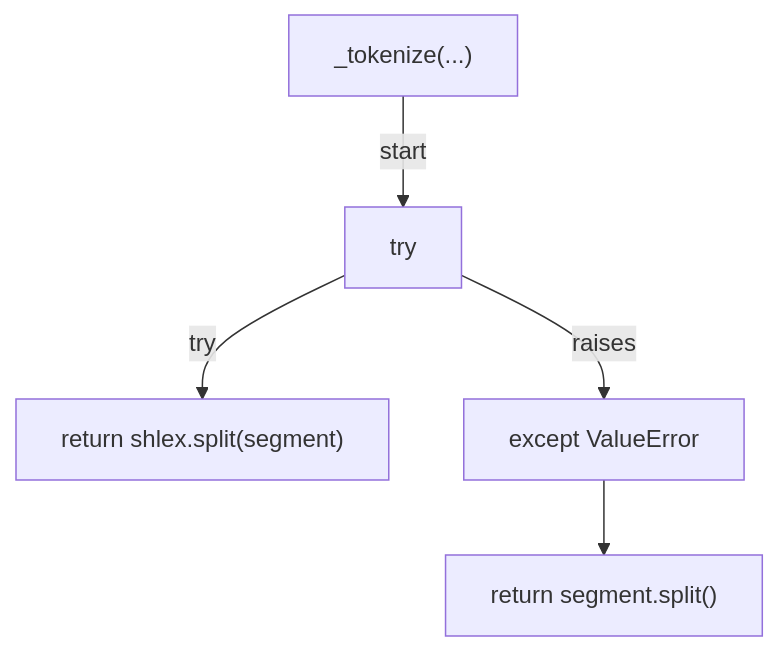
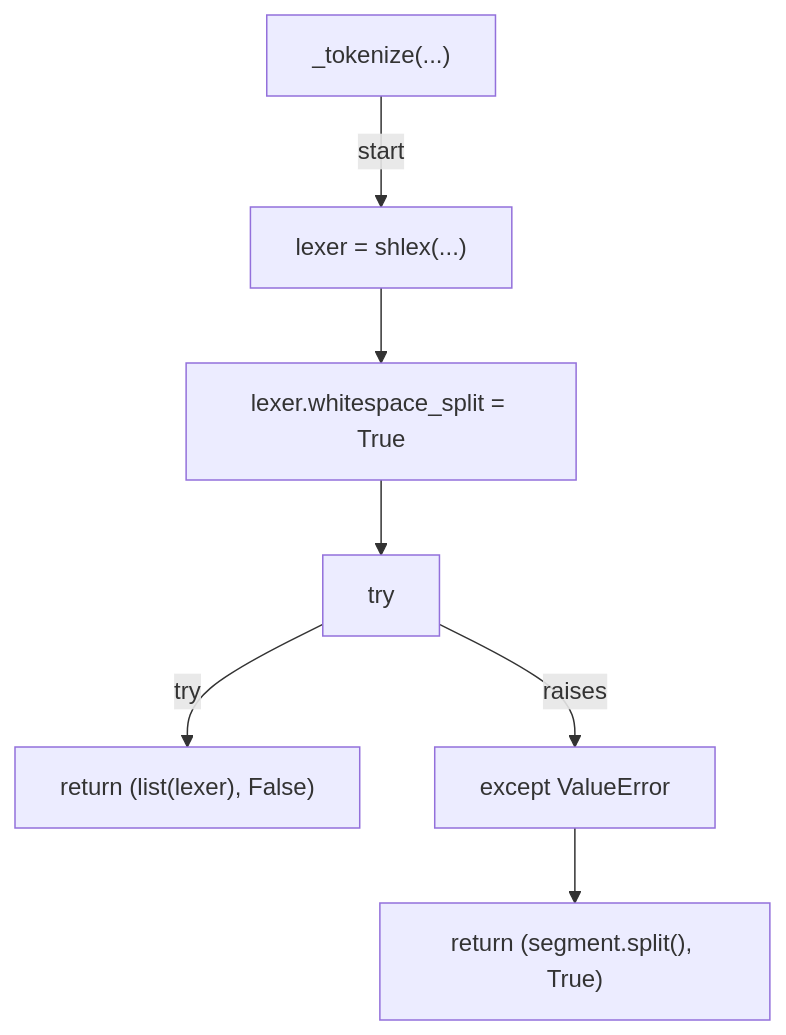
Before and after one commit to tvna/claude-md: the fifth of 28 diagrams in docs/generated/scripts/ast/gate_agents_skills_edit.md, drawn with Mermaid. The commit also changed other lines of this file and 2 other files, not shown here.

First line of the commit message:
docs(generated): regenerate decision tree and workflow diagrams

````diff
--- a/docs/generated/scripts/ast/gate_agents_skills_edit.md
+++ b/docs/generated/scripts/ast/gate_agents_skills_edit.md
@@ -51,12 +51,16 @@
 ```mermaid
 flowchart TD
     N001["_tokenize(...)"]
-    N002["try"]
-    N003["return shlex.split(segment)"]
-    N004["except ValueError"]
-    N005["return segment.split()"]
+    N002["lexer = shlex(...)"]
+    N003["lexer.whitespace_split = True"]
+    N004["try"]
+    N005["return (list(lexer), False)"]
+    N006["except ValueError"]
+    N007["return (segment.split(), True)"]
     N001 -->|"start"| N002
-    N002 -->|"try"| N003
-    N002 -->|"raises"| N004
-    N004 --> N005
+    N002 --> N003
+    N003 --> N004
+    N004 -->|"try"| N005
+    N004 -->|"raises"| N006
+    N006 --> N007
 ```
````
